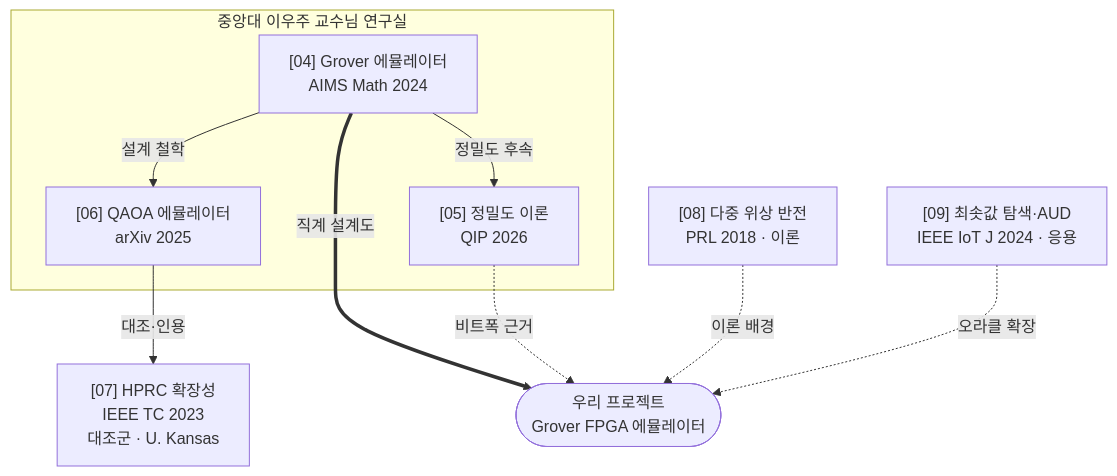
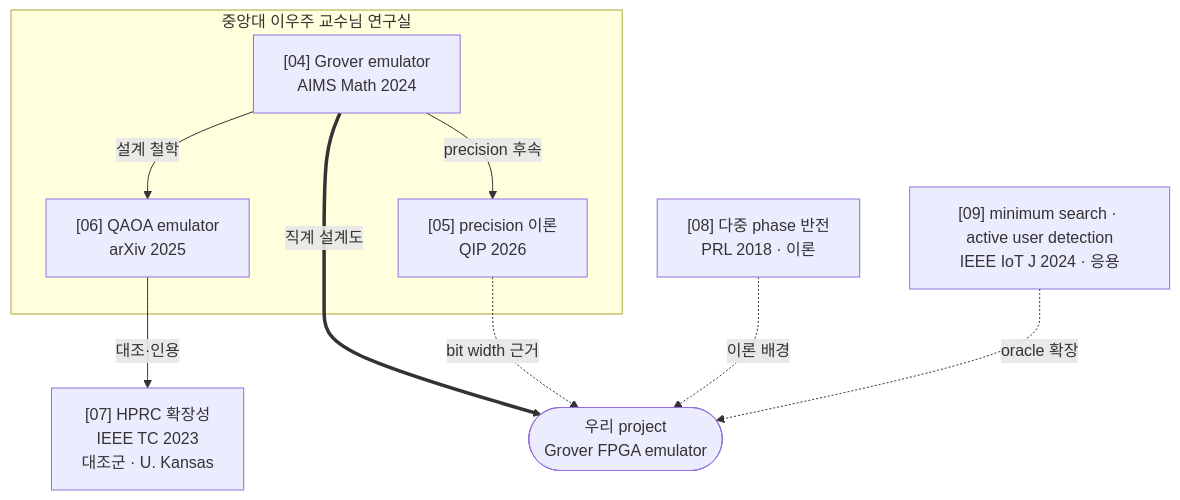
One commit to Git-Junsang/Quantum-Grover changed the diagram in documents/study_references/diagrams/src/15_lineage.mmd. Above: the diagram before and after it, drawn with Mermaid. The commit also changed 3854 other files, not shown here.

```diff
--- a/documents/study_references/diagrams/src/15_lineage.mmd
+++ b/documents/study_references/diagrams/src/15_lineage.mmd
@@ -1,18 +1,18 @@
 flowchart TD
     subgraph CAU["중앙대 이우주 교수님 연구실"]
-        P04["[04] Grover 에뮬레이터<br/>AIMS Math 2024"]
-        P06["[06] QAOA 에뮬레이터<br/>arXiv 2025"]
-        P05["[05] 정밀도 이론<br/>QIP 2026"]
+        P04["[04] Grover emulator<br/>AIMS Math 2024"]
+        P06["[06] QAOA emulator<br/>arXiv 2025"]
+        P05["[05] precision 이론<br/>QIP 2026"]
     end
     P07["[07] HPRC 확장성<br/>IEEE TC 2023<br/>대조군 · U. Kansas"]
-    P08["[08] 다중 위상 반전<br/>PRL 2018 · 이론"]
-    P09["[09] 최솟값 탐색·AUD<br/>IEEE IoT J 2024 · 응용"]
-    OURS(["우리 프로젝트<br/>Grover FPGA 에뮬레이터"])
+    P08["[08] 다중 phase 반전<br/>PRL 2018 · 이론"]
+    P09["[09] minimum search · active user detection<br/>IEEE IoT J 2024 · 응용"]
+    OURS(["우리 project<br/>Grover FPGA emulator"])
 
     P04 -->|설계 철학| P06
-    P04 -->|정밀도 후속| P05
+    P04 -->|precision 후속| P05
     P06 -->|대조·인용| P07
     P04 ==>|직계 설계도| OURS
-    P05 -.비트폭 근거.-> OURS
+    P05 -.bit width 근거.-> OURS
     P08 -.이론 배경.-> OURS
-    P09 -.오라클 확장.-> OURS
+    P09 -.oracle 확장.-> OURS
```
